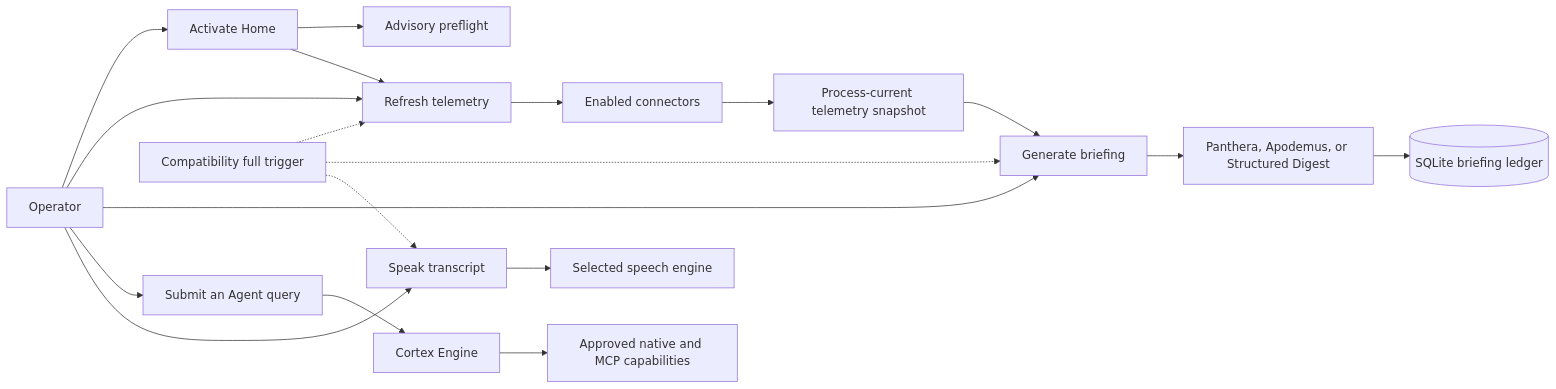
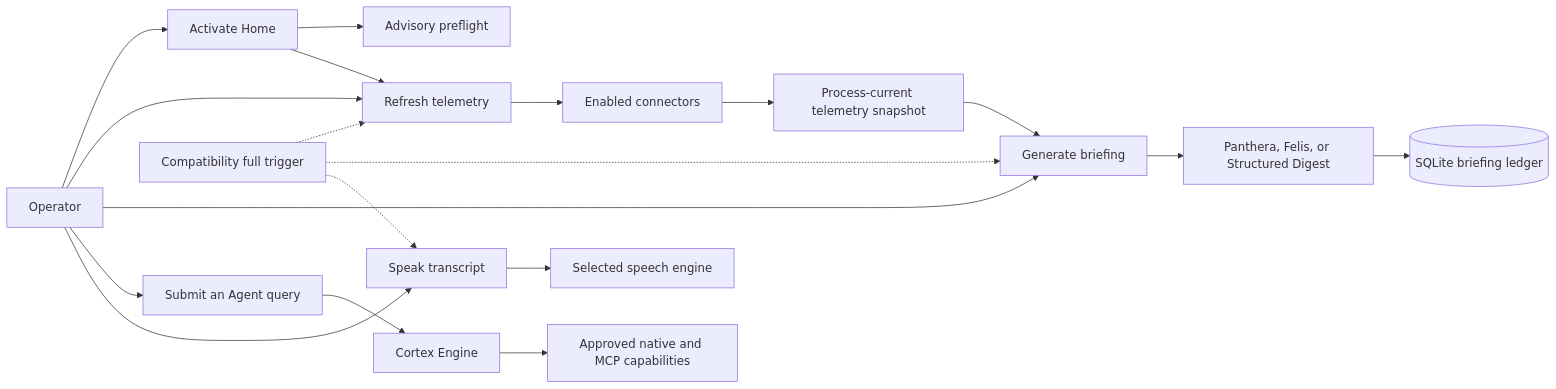
The second of 3 diagrams in docs/architecture.md (edumarcano/APEX), drawn with Mermaid before and after one commit. The commit also changed other lines of this file and 109 other files, not shown here.

First line of the commit message:
feat: rework Apex Agents around Panthera and Felis (#364, #365)

````diff
--- a/docs/architecture.md
+++ b/docs/architecture.md
@@ -50,30 +50,30 @@
 ```mermaid
 flowchart LR
     USER["Operator"]
 
     USER --> ACTIVATE["Activate Home"]
     USER --> REFRESH["Refresh telemetry"]
     USER --> BRIEF["Generate briefing"]
     USER --> ASK["Submit an Agent query"]
     USER --> SPEAK["Speak transcript"]
 
     ACTIVATE --> PREFLIGHT["Advisory preflight"]
     ACTIVATE --> REFRESH
 
     REFRESH --> CONNECTORS["Enabled connectors"]
     CONNECTORS --> SNAPSHOT["Process-current telemetry snapshot"]
 
     SNAPSHOT --> BRIEF
-    BRIEF --> SYNTHESIS["Panthera, Apodemus, or Structured Digest"]
+    BRIEF --> SYNTHESIS["Panthera, Felis, or Structured Digest"]
     SYNTHESIS --> LEDGER[("SQLite briefing ledger")]
 
     ASK --> CORTEX["Cortex Engine"]
     CORTEX --> TOOLS["Approved native and MCP capabilities"]
 
     SPEAK --> VOICE["Selected speech engine"]
 
     FULL["Compatibility full trigger"]
     FULL -.-> REFRESH
     FULL -.-> BRIEF
     FULL -.-> SPEAK
 ```
````
